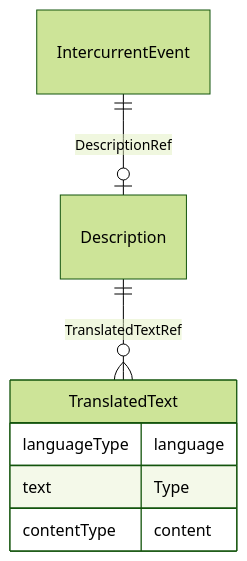
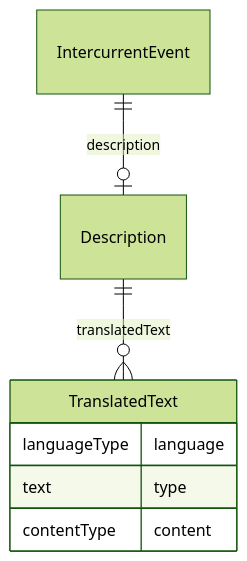
One commit to cdisc-org/DataExchange-ODM-LinkML changed the diagram in docs/IntercurrentEvent.md. Above: the diagram before and after it, drawn with Mermaid (forest theme). The commit also changed other lines of this file and 759 other files, not shown here.

````diff
--- a/docs/IntercurrentEvent.md
+++ b/docs/IntercurrentEvent.md
@@ -11,18 +11,18 @@
 ```mermaid
 erDiagram
 IntercurrentEvent {
 
 }
 Description {
 
 }
 TranslatedText {
     languageType language  
-    text Type  
+    text type  
     contentType content  
 }
 
-IntercurrentEvent ||--|o Description : "DescriptionRef"
-Description ||--}o TranslatedText : "TranslatedTextRef"
+IntercurrentEvent ||--|o Description : "description"
+Description ||--}o TranslatedText : "translatedText"
 
 ```
````
